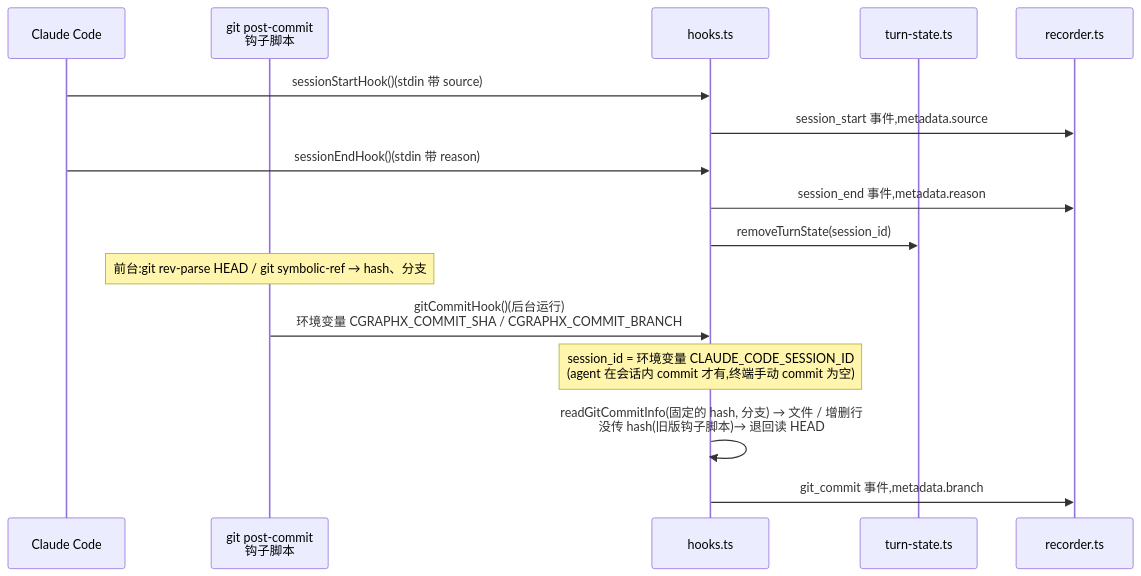
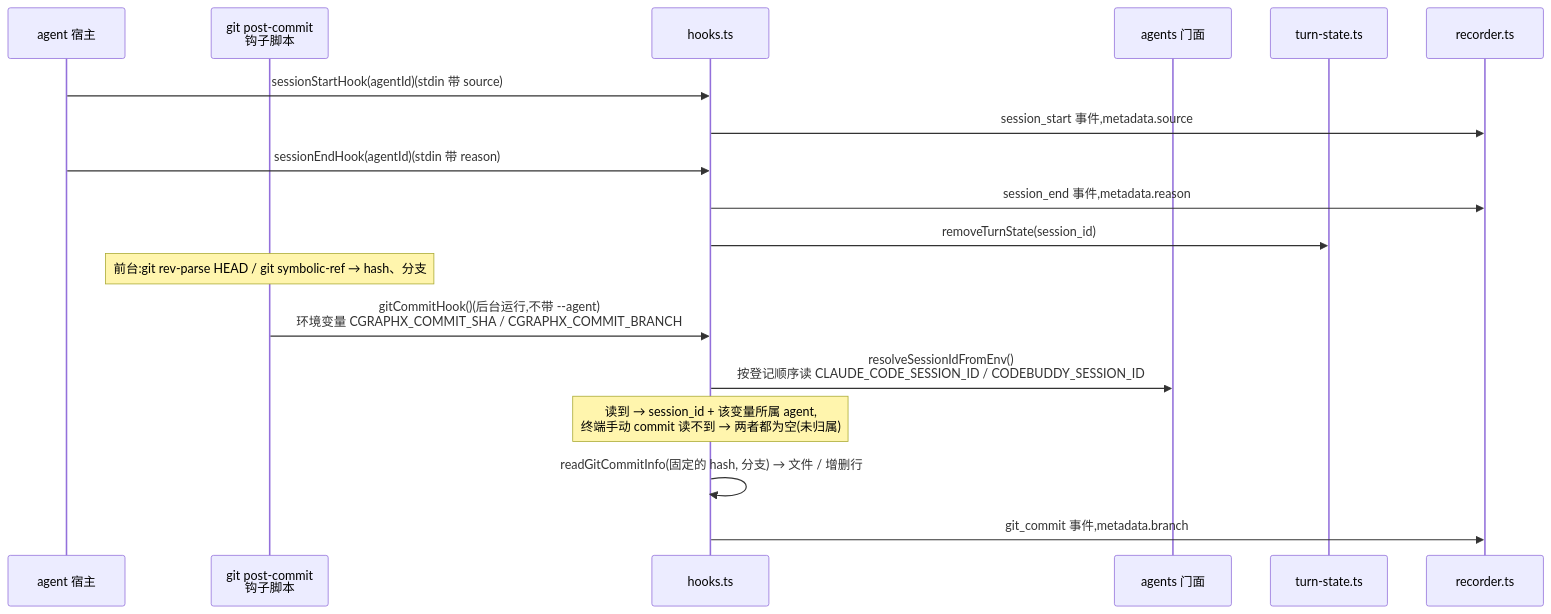
The second of 3 diagrams in docs/code-map/flows/开发时间线记录.md (smdnkB/cgraphx), drawn with Mermaid before and after one commit. The commit also changed other lines of this file and 5 other files, not shown here.

First line of the commit message:
docs: 多 agent 适配知识沉淀 + 刷新代码地图

````diff
--- a/docs/code-map/flows/开发时间线记录.md
+++ b/docs/code-map/flows/开发时间线记录.md
@@ -66,19 +92,21 @@
 ```mermaid
 sequenceDiagram
-  participant CC as Claude Code
+  participant AG as agent 宿主
   participant G as git post-commit<br/>钩子脚本
   participant H as hooks.ts
+  participant AP as agents 门面
   participant TS as turn-state.ts
   participant RC as recorder.ts
 
-  CC->>H: sessionStartHook()(stdin 带 source)
+  AG->>H: sessionStartHook(agentId)(stdin 带 source)
   H->>RC: session_start 事件,metadata.source
-  CC->>H: sessionEndHook()(stdin 带 reason)
+  AG->>H: sessionEndHook(agentId)(stdin 带 reason)
   H->>RC: session_end 事件,metadata.reason
   H->>TS: removeTurnState(session_id)
   Note over G: 前台:git rev-parse HEAD / git symbolic-ref → hash、分支
-  G->>H: gitCommitHook()(后台运行)<br/>环境变量 CGRAPHX_COMMIT_SHA / CGRAPHX_COMMIT_BRANCH
-  Note over H: session_id = 环境变量 CLAUDE_CODE_SESSION_ID<br/>(agent 在会话内 commit 才有,终端手动 commit 为空)
-  H->>H: readGitCommitInfo(固定的 hash, 分支) → 文件 / 增删行<br/>没传 hash(旧版钩子脚本)→ 退回读 HEAD
+  G->>H: gitCommitHook()(后台运行,不带 --agent)<br/>环境变量 CGRAPHX_COMMIT_SHA / CGRAPHX_COMMIT_BRANCH
+  H->>AP: resolveSessionIdFromEnv()<br/>按登记顺序读 CLAUDE_CODE_SESSION_ID / CODEBUDDY_SESSION_ID
+  Note over H: 读到 → session_id + 该变量所属 agent,<br/>终端手动 commit 读不到 → 两者都为空(未归属)
+  H->>H: readGitCommitInfo(固定的 hash, 分支) → 文件 / 增删行
   H->>RC: git_commit 事件,metadata.branch
 ```
````
